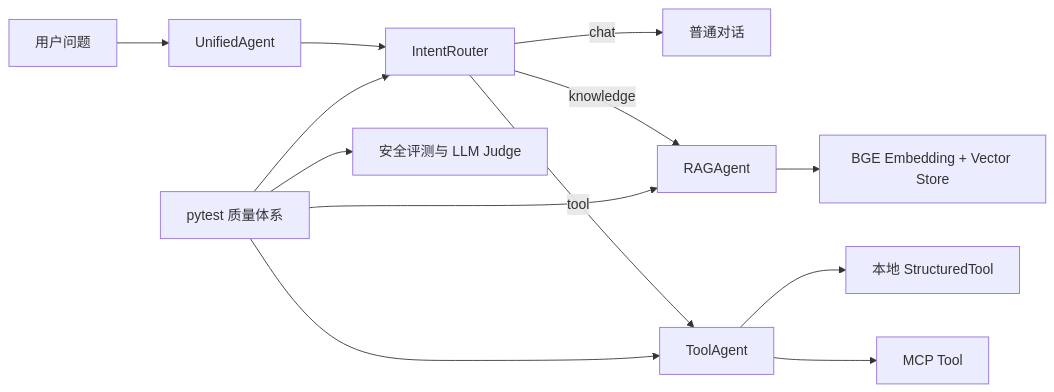
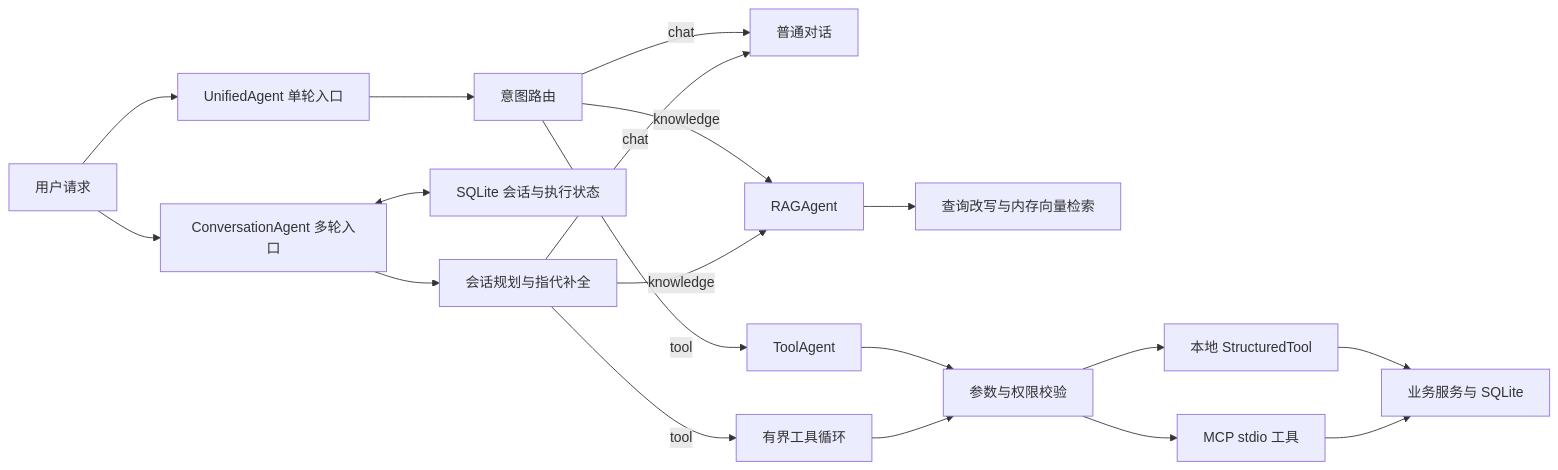
One commit to Fanqie-pg/knowledge-agent-quality changed the diagram in README.md. Above: the diagram before and after it, drawn with Mermaid. The commit also changed other lines of this file and 16 other files, not shown here.

````diff
--- a/README.md
+++ b/README.md
@@ -7,16 +17,22 @@
 ```mermaid
 flowchart LR
-    U[用户问题] --> A[UnifiedAgent]
-    A --> R[IntentRouter]
+    U[用户请求] --> A[UnifiedAgent 单轮入口]
+    A --> R[意图路由]
     R -->|chat| C[普通对话]
     R -->|knowledge| K[RAGAgent]
     R -->|tool| T[ToolAgent]
-    K --> V[BGE Embedding + Vector Store]
-    T --> L[本地 StructuredTool]
-    T --> M[MCP Tool]
+    K --> V[查询改写与内存向量检索]
+    T --> G[参数与权限校验]
+    G --> L[本地 StructuredTool]
+    G --> M[MCP stdio 工具]
+    L --> B[业务服务与 SQLite]
+    M --> B
 
-    E[pytest 质量体系] --> R
-    E --> K
-    E --> T
-    E --> S[安全评测与 LLM Judge]
+    U --> CA[ConversationAgent 多轮入口]
+    CA <--> CS[SQLite 会话与执行状态]
+    CA --> CP[会话规划与指代补全]
+    CP -->|knowledge| K
+    CP -->|chat| C
+    CP -->|tool| TL[有界工具循环]
+    TL --> G
 ```
````
